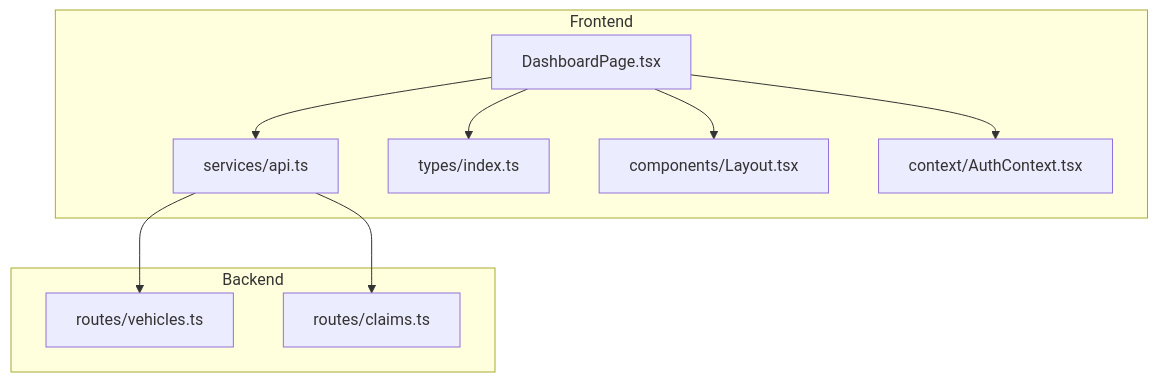
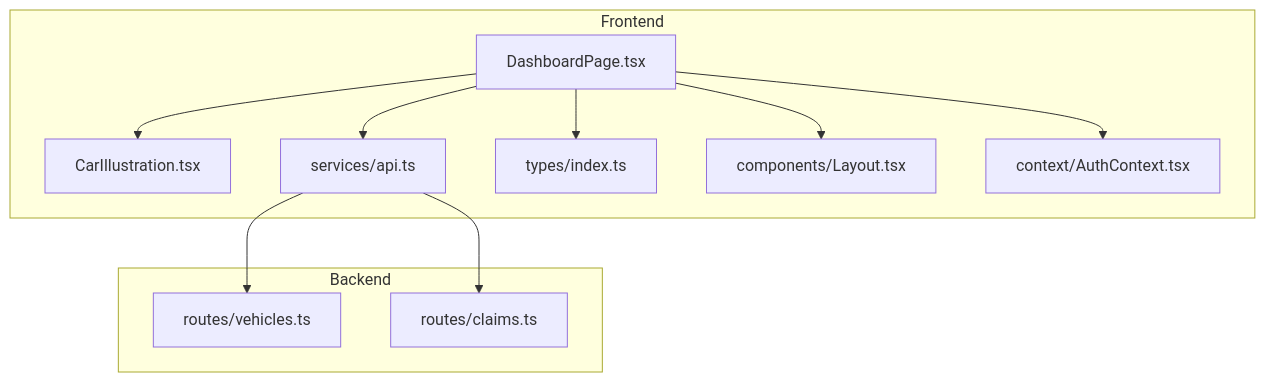
The first of 7 diagrams in .qoder/repowiki/en/content/Frontend Documentation/Pages and Views/User Pages/Dashboard Page.md (NaveenHiranya/Smart-Vehicle-Insurance-Claim-System), drawn with Mermaid before and after one commit. The commit also changed other lines of this file and 31 other files, not shown here.

````diff
--- a/.qoder/repowiki/en/content/Frontend Documentation/Pages and Views/User Pages/Dashboard Page.md
+++ b/.qoder/repowiki/en/content/Frontend Documentation/Pages and Views/User Pages/Dashboard Page.md
@@ -46,20 +51,22 @@
 ```mermaid
 graph TB
 subgraph "Frontend"
 DP["DashboardPage.tsx"]
+CI["CarIllustration.tsx"]
 API["services/api.ts"]
 TYPES["types/index.ts"]
 LAYOUT["components/Layout.tsx"]
 AUTH["context/AuthContext.tsx"]
 end
 subgraph "Backend"
 VRT["routes/vehicles.ts"]
 CRT["routes/claims.ts"]
 end
 DP --> API
+DP --> CI
 DP --> TYPES
 DP --> AUTH
 DP --> LAYOUT
 API --> VRT
 API --> CRT
 ```
````
